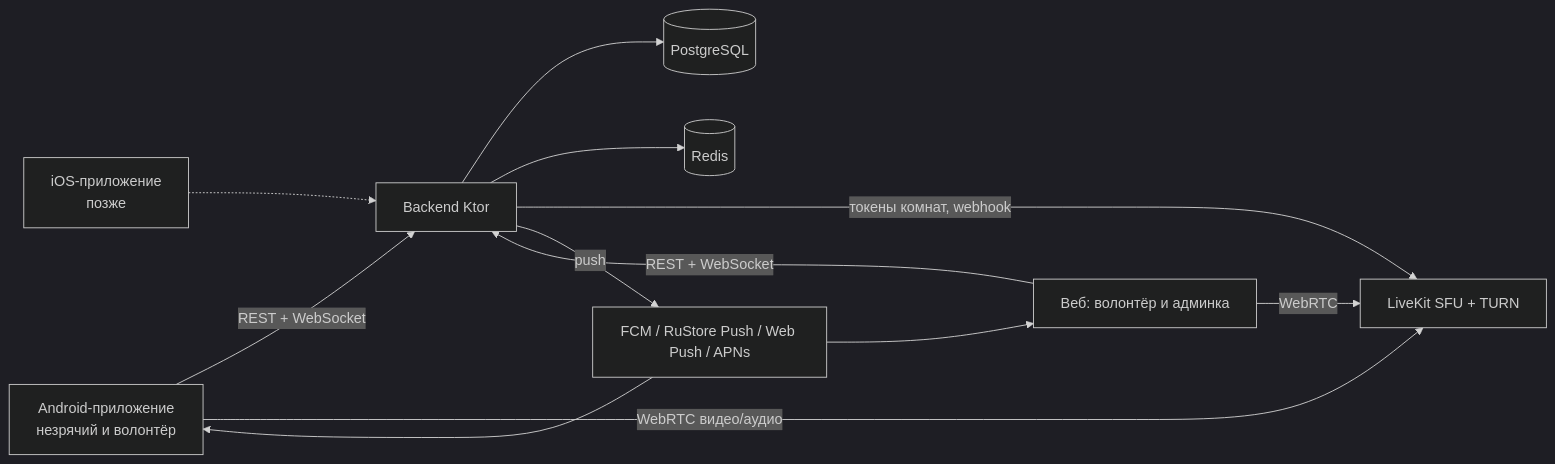
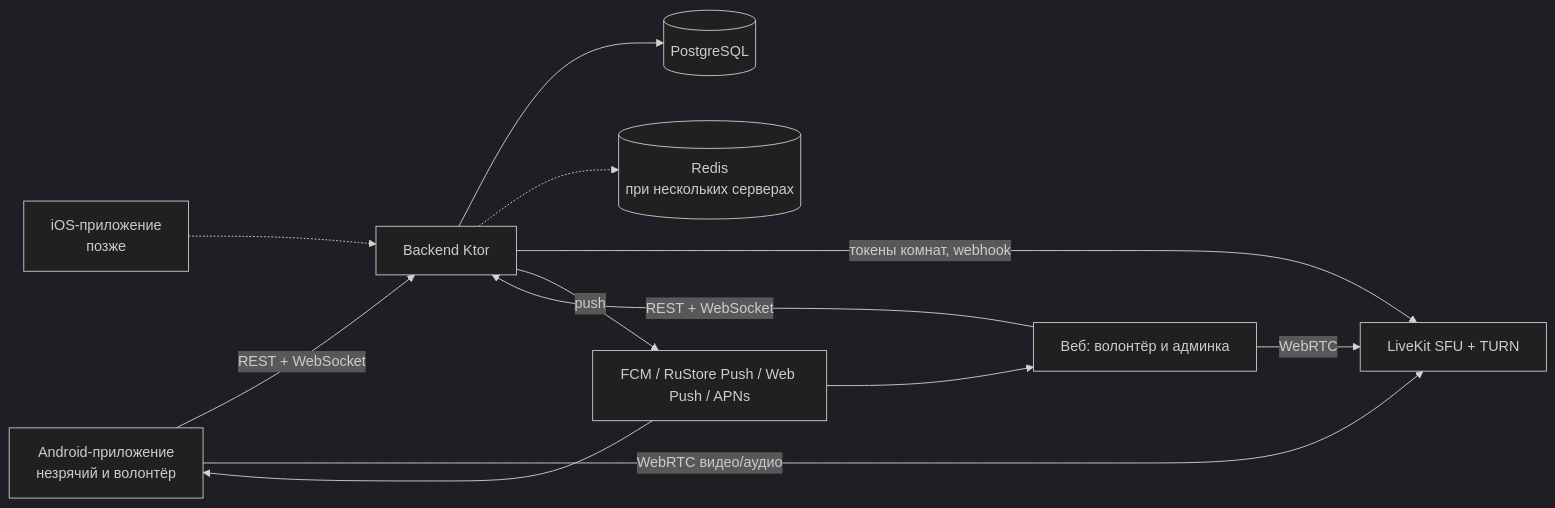
Before and after one commit to KhanKhanov/ryadom: the first of 2 diagrams in docs/ARCHITECTURE.md, drawn with Mermaid (dark theme). The commit also changed other lines of this file and 47 other files, not shown here.

````diff
--- a/docs/ARCHITECTURE.md
+++ b/docs/ARCHITECTURE.md
@@ -26,14 +26,14 @@
 ```mermaid
 flowchart LR
   A[Android-приложение<br/>незрячий и волонтёр] -- REST + WebSocket --> B[Backend Ktor]
   I[iOS-приложение<br/>позже] -.-> B
   W[Веб: волонтёр и админка] -- REST + WebSocket --> B
   B --> P[(PostgreSQL)]
-  B --> R[(Redis)]
+  B -.-> R[(Redis<br/>при нескольких серверах)]
   B -- токены комнат, webhook --> L[LiveKit SFU + TURN]
   A -- WebRTC видео/аудио --> L
   W -- WebRTC --> L
   B -- push --> F[FCM / RuStore Push / Web Push / APNs]
   F --> A
   F --> W
 ```
````
